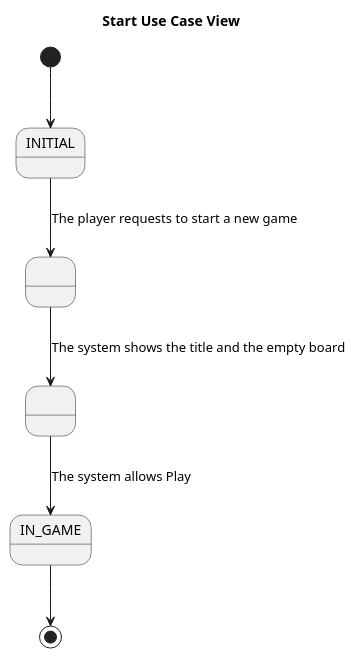
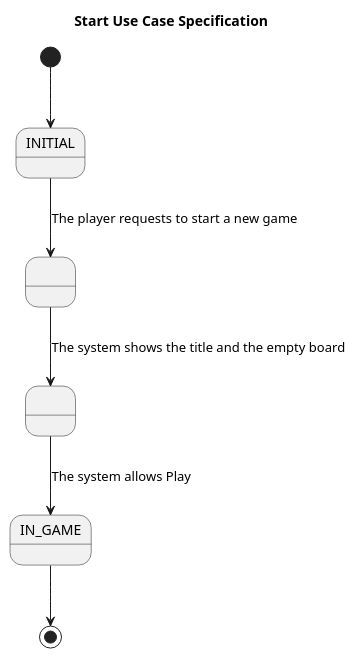
Before and after one commit to franpaulinoinfante/MasterSoftwareDevelopment: the first of 3 diagrams in src/Connect4/DocumentView/Docs/UseCasesSpecifications.plantuml, drawn with PlantUML. The commit also changed 2 other files, not shown here.

```diff
--- a/src/Connect4/DocumentView/Docs/UseCasesSpecifications.plantuml
+++ b/src/Connect4/DocumentView/Docs/UseCasesSpecifications.plantuml
@@ -1,14 +1,14 @@
-@startuml StartUseCaseView
-title Start Use Case View
+@startuml StartUseCaseSpecification
+title Start Use Case Specification
 
 state INITIAL
 state IN_GAME
 state A as " "
 state B as " "
 
 [*] --> INITIAL
 INITIAL --> A : The player requests to start a new game
 A --> B : The system shows the title and the empty board
 B --> IN_GAME : The system allows Play
 IN_GAME --> [*]
 @enduml
```
